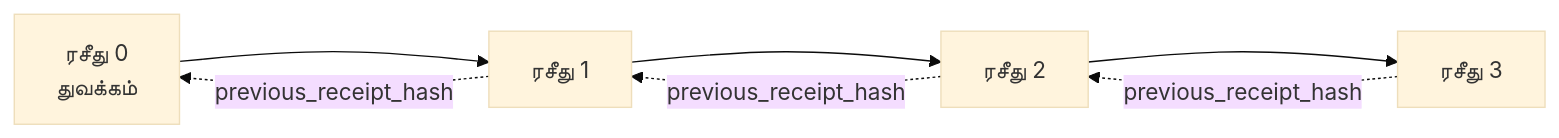
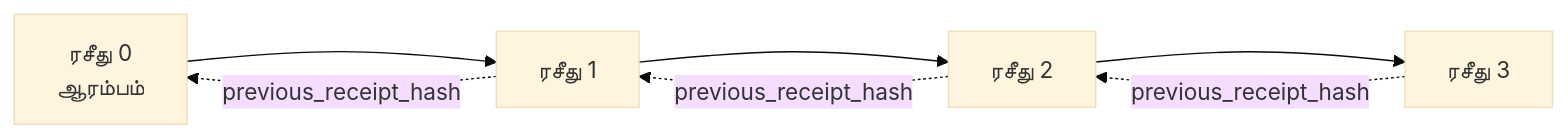
Before and after one commit to microsoft/ai-agents-for-beginners: the second of 2 diagrams in translations/ta/18-securing-ai-agents/README.md, drawn with Mermaid (base theme). The commit also changed other lines of this file and 46 other files, not shown here.

````diff
--- a/translations/ta/18-securing-ai-agents/README.md
+++ b/translations/ta/18-securing-ai-agents/README.md
@@ -206,9 +203,9 @@
 ```mermaid
 flowchart LR
-    R0[ரசீது 0<br/>துவக்கம்] --> R1[ரசீது 1]
+    R0[ரசீது 0<br/>ஆரம்பம்] --> R1[ரசீது 1]
     R1 --> R2[ரசீது 2]
     R2 --> R3[ரசீது 3]
     R1 -. previous_receipt_hash .-> R0
     R2 -. previous_receipt_hash .-> R1
     R3 -. previous_receipt_hash .-> R2
 ```
````
